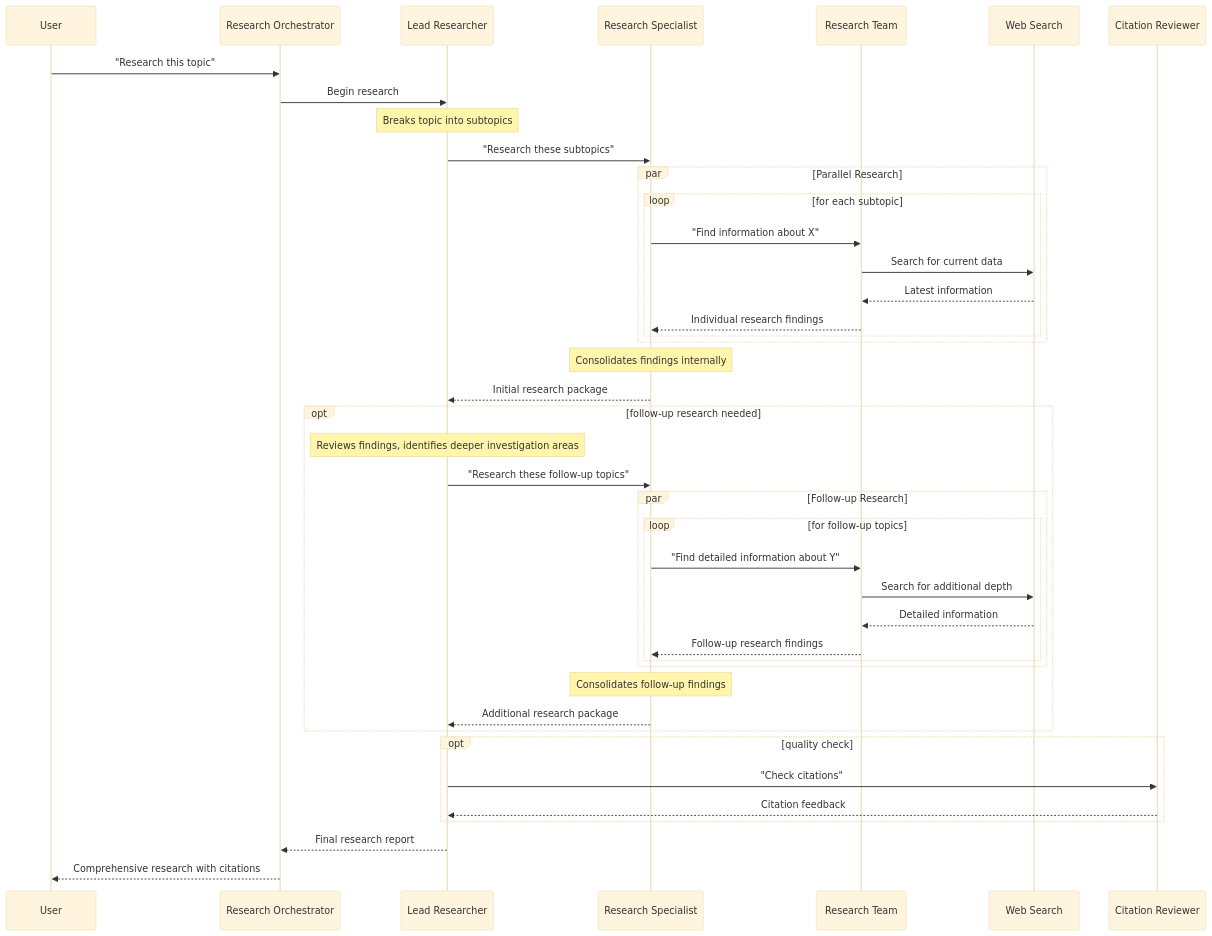
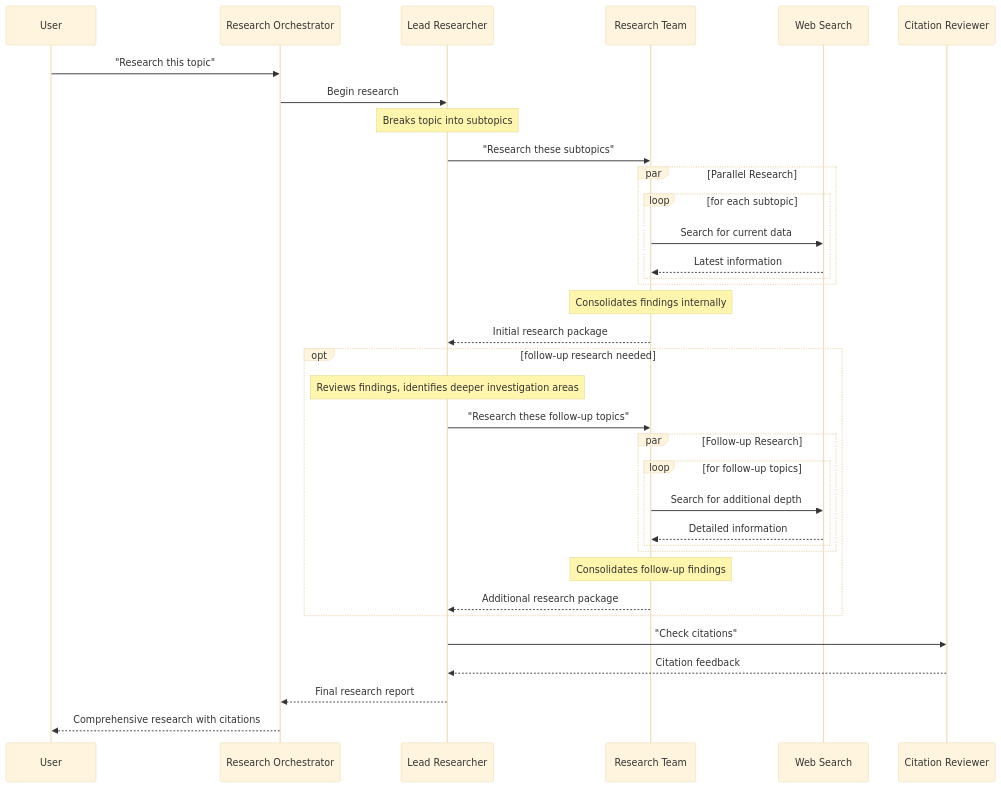
Before and after one commit to karashiiro/research-mcp: the diagram in README.md, drawn with Mermaid (base theme).

Commit message:
Simplify further

````diff
--- a/README.md
+++ b/README.md
@@ -88,55 +88,48 @@
 ```mermaid
 sequenceDiagram
     participant User as User
     participant Orchestrator as Research Orchestrator
     participant Lead as Lead Researcher
-    participant Specialist as Research Specialist
-    participant Researchers as Research Team
+    participant ResearchTeam as Research Team
     participant Web as Web Search
     participant Reviewer as Citation Reviewer
 
     User->>Orchestrator: "Research this topic"
     
     Orchestrator->>Lead: Begin research
     Note over Lead: Breaks topic into subtopics
     
-    Lead->>Specialist: "Research these subtopics"
+    Lead->>ResearchTeam: "Research these subtopics"
     
     par Parallel Research
         loop for each subtopic
-            Specialist->>Researchers: "Find information about X"
-            Researchers->>Web: Search for current data
-            Web-->>Researchers: Latest information
-            Researchers-->>Specialist: Individual research findings
+            ResearchTeam->>Web: Search for current data
+            Web-->>ResearchTeam: Latest information
         end
     end
     
-    Note over Specialist: Consolidates findings internally
-    Specialist-->>Lead: Initial research package
+    Note over ResearchTeam: Consolidates findings internally
+    ResearchTeam-->>Lead: Initial research package
     
     opt follow-up research needed
         Note over Lead: Reviews findings, identifies deeper investigation areas
-        Lead->>Specialist: "Research these follow-up topics"
+        Lead->>ResearchTeam: "Research these follow-up topics"
         
         par Follow-up Research
             loop for follow-up topics
-                Specialist->>Researchers: "Find detailed information about Y"
-                Researchers->>Web: Search for additional depth
-                Web-->>Researchers: Detailed information
-                Researchers-->>Specialist: Follow-up research findings
+                ResearchTeam->>Web: Search for additional depth
+                Web-->>ResearchTeam: Detailed information
             end
         end
         
-        Note over Specialist: Consolidates follow-up findings
-        Specialist-->>Lead: Additional research package
+        Note over ResearchTeam: Consolidates follow-up findings
+        ResearchTeam-->>Lead: Additional research package
     end
     
-    opt quality check
-        Lead->>Reviewer: "Check citations"
-        Reviewer-->>Lead: Citation feedback
-    end
+    Lead->>Reviewer: "Check citations"
+    Reviewer-->>Lead: Citation feedback
     
     Lead-->>Orchestrator: Final research report
     
     Orchestrator-->>User: Comprehensive research with citations
 ```
````
